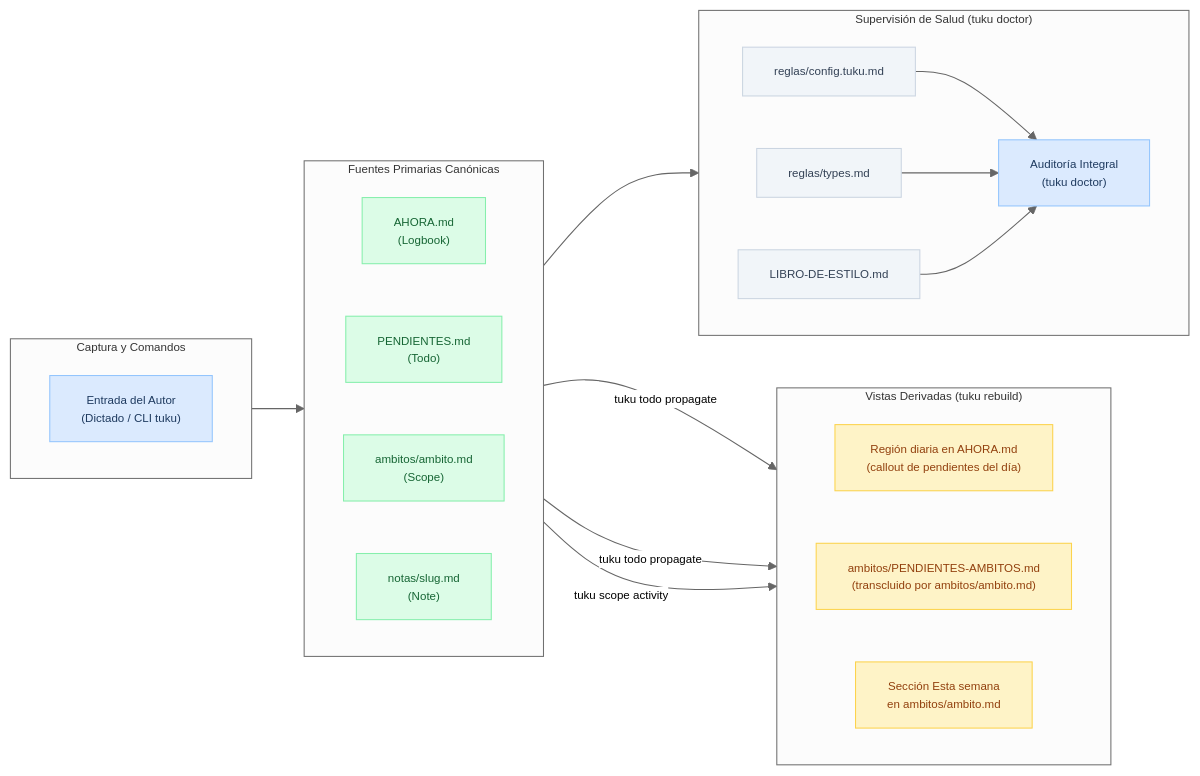
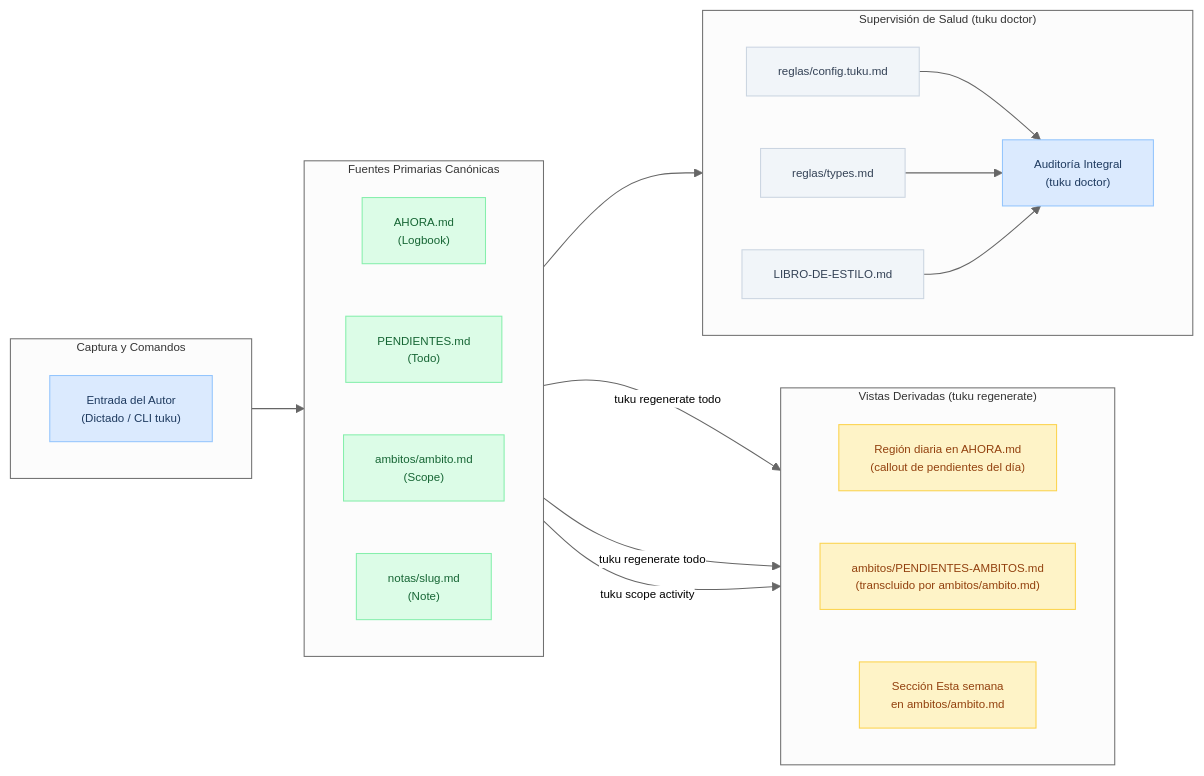
Before and after one commit to pewma-ai/tuku: the diagram in devel/dependencies-tree.md, drawn with Mermaid. The commit also changed other lines of this file and 26 other files, not shown here.

First line of the commit message:
feat(cli): tuku regenerate reemplaza a rebuild y a todo propagate

````diff
--- a/devel/dependencies-tree.md
+++ b/devel/dependencies-tree.md
@@ -36,51 +36,51 @@
 ```mermaid
 %%{init: {'flowchart': {'useMaxWidth': true}, 'theme': 'neutral', 'themeVariables': {'fontSize': '11px'}}}%%
 flowchart LR
     subgraph ENTRADAS["Captura y Comandos"]
         direction LR
         CLI["Entrada del Autor<br/>(Dictado / CLI tuku)"]
     end
 
     subgraph CANONICOS["Fuentes Primarias Canónicas"]
         direction LR
         AHORA["AHORA.md<br/>(Logbook)"]
         PENDIENTES["PENDIENTES.md<br/>(Todo)"]
         AMBITO_PAG["ambitos/ambito.md<br/>(Scope)"]
         NOTAS["notas/slug.md<br/>(Note)"]
     end
 
-    subgraph DERIVADOS["Vistas Derivadas (tuku rebuild)"]
+    subgraph DERIVADOS["Vistas Derivadas (tuku regenerate)"]
         direction LR
         REGION_DIA["Región diaria en AHORA.md<br/>(callout de pendientes del día)"]
         PENDIENTES_AMBITOS["ambitos/PENDIENTES-AMBITOS.md<br/>(transcluido por ambitos/ambito.md)"]
         AMBITO_SEMANA["Sección Esta semana<br/>en ambitos/ambito.md"]
     end
 
     subgraph SUPERVISION["Supervisión de Salud (tuku doctor)"]
         direction LR
         CONFIG["reglas/config.tuku.md"]
         TYPES["reglas/types.md"]
         LIBRO["LIBRO-DE-ESTILO.md"]
         DOCTOR["Auditoría Integral<br/>(tuku doctor)"]
     end
 
     ENTRADAS --> CANONICOS
-    PENDIENTES -->|tuku todo propagate| REGION_DIA
-    PENDIENTES -->|tuku todo propagate| PENDIENTES_AMBITOS
+    PENDIENTES -->|tuku regenerate todo| REGION_DIA
+    PENDIENTES -->|tuku regenerate todo| PENDIENTES_AMBITOS
     AHORA -->|tuku scope activity| AMBITO_SEMANA
 
     CONFIG --> DOCTOR
     TYPES --> DOCTOR
     LIBRO --> DOCTOR
     CANONICOS --> DOCTOR
 
     classDef entrada fill:#dbeafe,color:#1e3a5f,stroke:#93c5fd
     classDef canonico fill:#dcfce7,color:#166534,stroke:#86efac
     classDef derivado fill:#fef3c7,color:#92400e,stroke:#fcd34d
     classDef regla fill:#f1f5f9,color:#334155,stroke:#cbd5e1
 
     class CLI,DOCTOR entrada
     class AHORA,PENDIENTES,AMBITO_PAG,NOTAS canonico
     class REGION_DIA,PENDIENTES_AMBITOS,AMBITO_SEMANA derivado
     class CONFIG,TYPES,LIBRO regla
 ```
````
